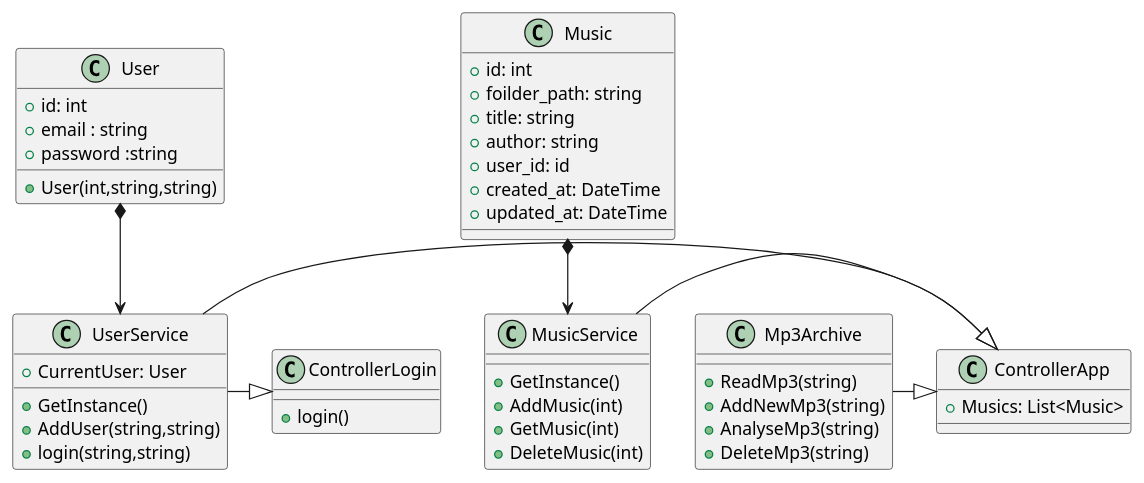
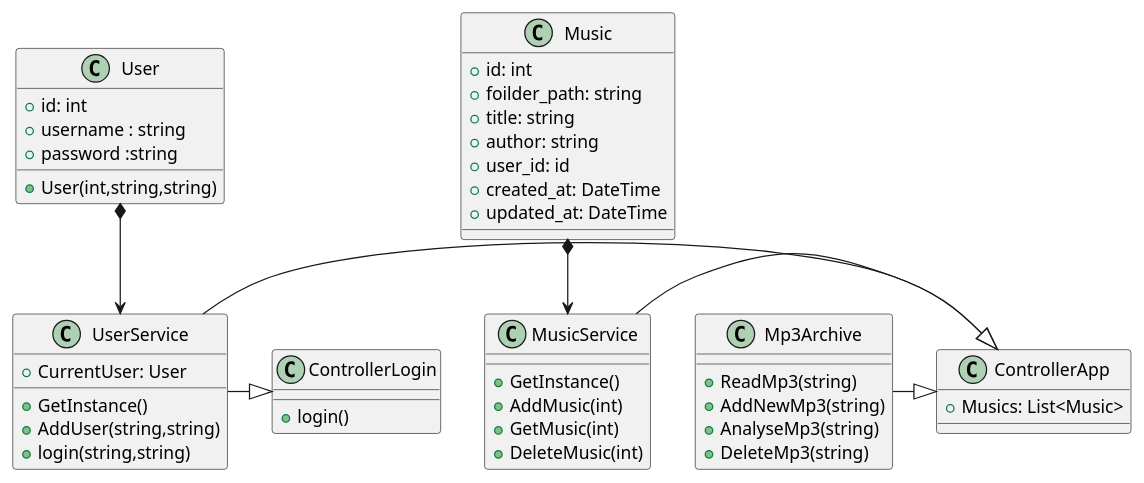
One commit to Galabott/SylviesMp3s changed the diagram in Diagram.md. Above: the diagram before and after it, drawn with PlantUML.

`````diff
--- a/Diagram.md
+++ b/Diagram.md
@@ -1,58 +1,58 @@
 ````plantuml
 @startuml
 
 class User{
     +id: int
-    +email : string
+    +username : string
     +password :string
     +User(int,string,string)
 }
 User *--> UserService
 class UserService{
     +CurrentUser: User
     +GetInstance()
     +AddUser(string,string)
     +login(string,string)
 }
 
 class Music{
     +id: int
     +foilder_path: string
     +title: string
     +author: string
     +user_id: id
     +created_at: DateTime
     +updated_at: DateTime
 }
 Music *--> MusicService
 
 class MusicService{
     +GetInstance()
     +AddMusic(int)
     +GetMusic(int)
     +DeleteMusic(int)
 }
 UserService -|> ControllerLogin
 class ControllerLogin{
     +login()
 }
 
 UserService -|> ControllerApp
 MusicService -|> ControllerApp
 class ControllerApp{
     +Musics: List<Music>
 }
 
 Mp3Archive -|> ControllerApp
 class Mp3Archive{
     +ReadMp3(string)
     +AddNewMp3(string)
     +AnalyseMp3(string)
     +DeleteMp3(string)
 }
 
 
 
 
 @enduml
 ````
`````
